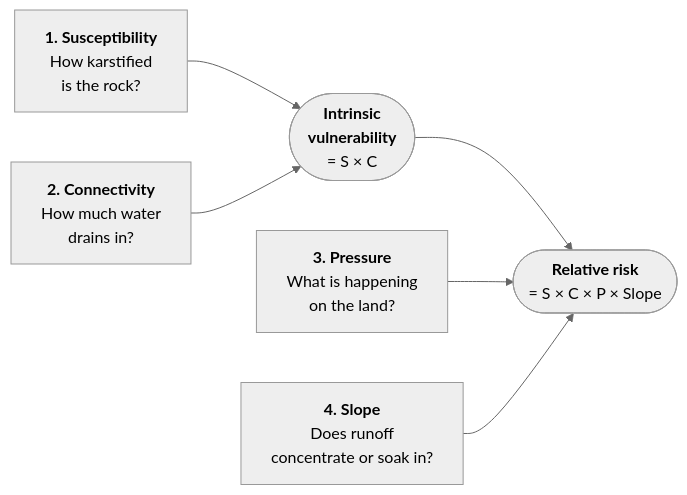
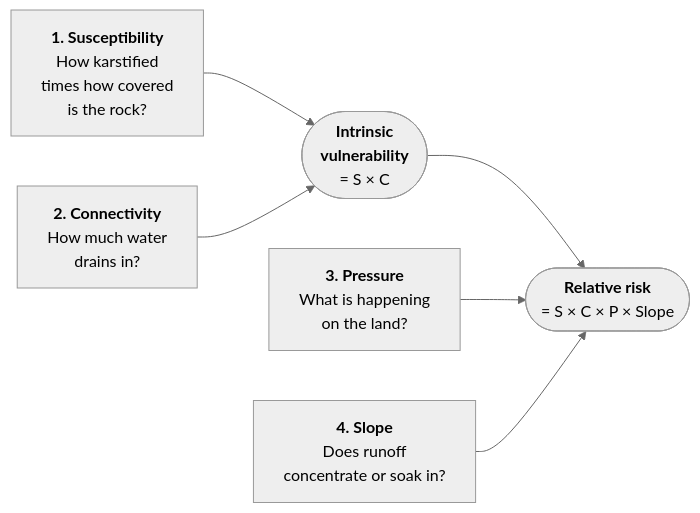
The diagram in methods.md (University-of-Tasmania-GPSS/AT3_Group3_2026), drawn with Mermaid (neutral theme) before and after one commit. The commit also changed other lines of this file and 2 other files, not shown here.

````diff
--- a/methods.md
+++ b/methods.md
@@ -5,9 +5,9 @@
 ```{mermaid}
 flowchart LR
-    A["<b>1. Susceptibility</b><br/>How karstified<br/>is the rock?<br/>"] --> I
+    A["<b>1. Susceptibility</b><br/>How karstified<br/> times how covered<br> is the rock?<br/>"] --> I
     B["<b>2. Connectivity</b><br/>How much water<br/>drains in?<br/>"] --> I
     I(["<b>Intrinsic<br/>vulnerability</b><br/>= S × C"]) --> R
     C["<b>3. Pressure</b><br/>What is happening<br/>on the land?<br/>"] --> R
     D["<b>4. Slope</b><br/>Does runoff<br/>concentrate or soak in?<br/>"] --> R
     R(["<b>Relative risk</b><br/>= S × C × P × Slope<br/>"])
 ```
````
